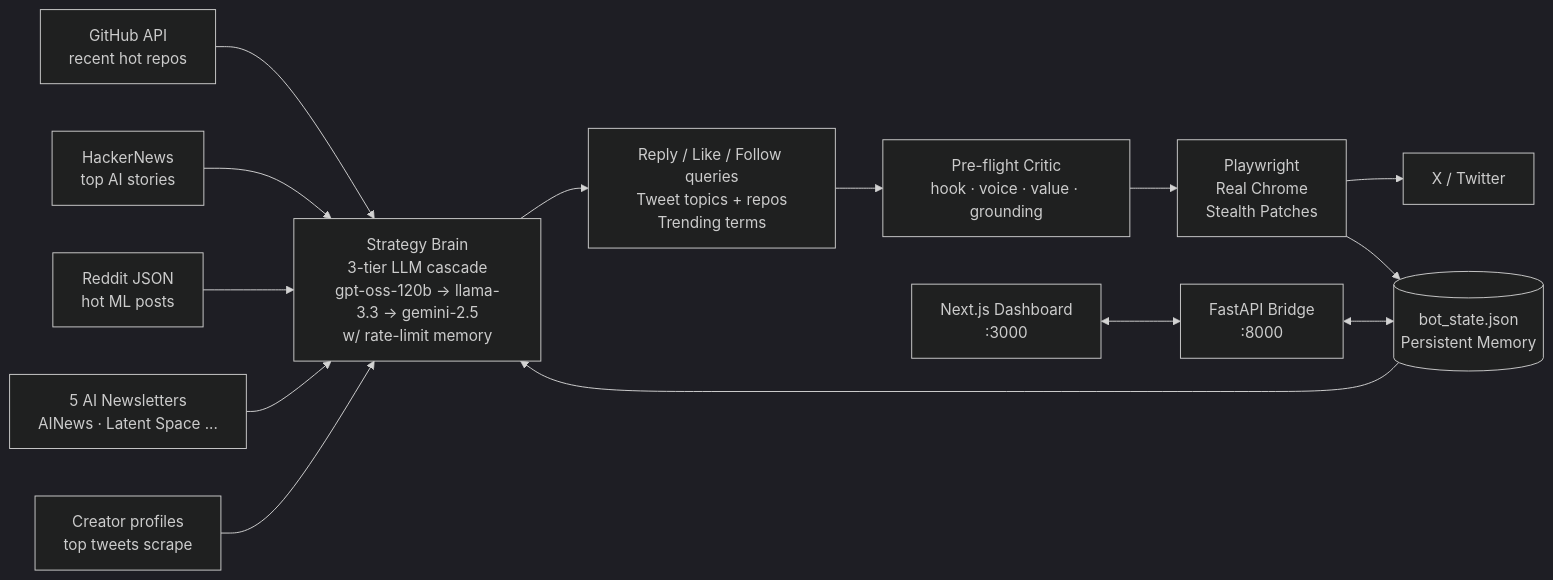
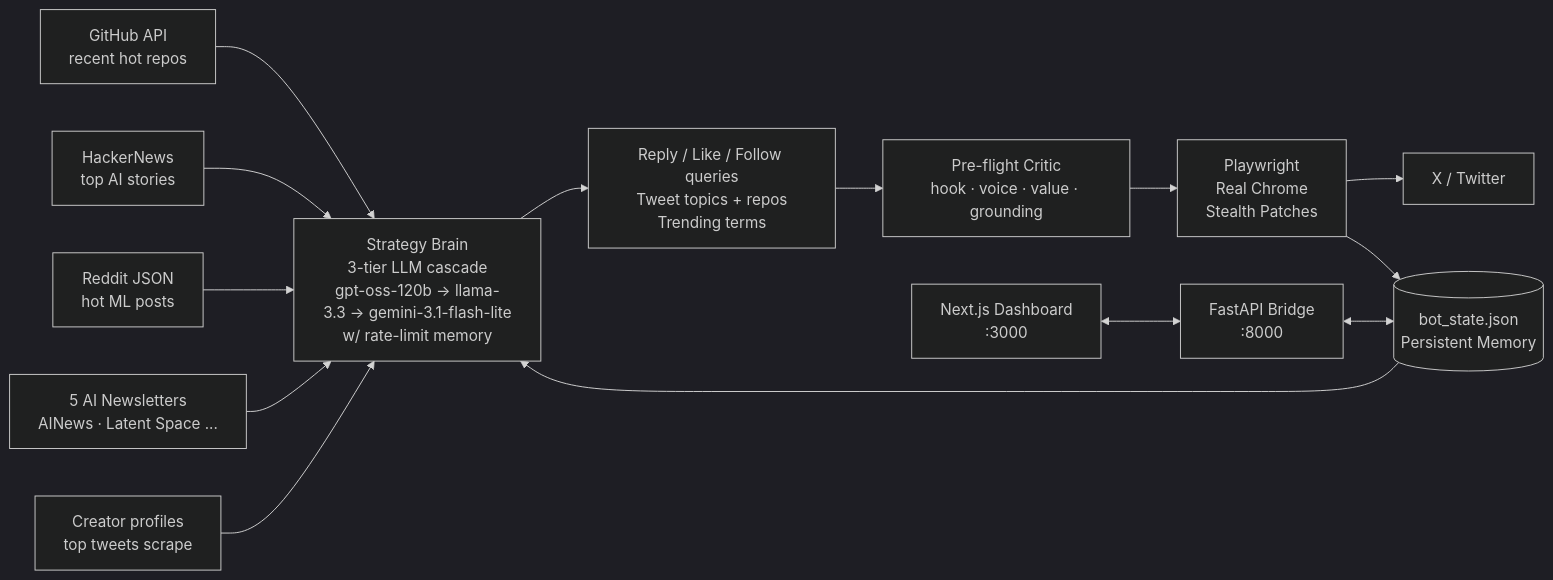
The diagram in README.md (yuno7777/twitter-automation), drawn with Mermaid (dark theme) before and after one commit. The commit also changed other lines of this file, not shown here.

````diff
--- a/README.md
+++ b/README.md
@@ -339,19 +343,19 @@
 ```mermaid
 flowchart LR
     A[GitHub API<br/>recent hot repos] --> S
     B[HackerNews<br/>top AI stories] --> S
     C[Reddit JSON<br/>hot ML posts] --> S
     N[5 AI Newsletters<br/>AINews · Latent Space ...] --> S
     CR[Creator profiles<br/>top tweets scrape] --> S
 
-    S[Strategy Brain<br/>3-tier LLM cascade<br/>gpt-oss-120b → llama-3.3 → gemini-2.5<br/>w/ rate-limit memory] --> Q[Reply / Like / Follow queries<br/>Tweet topics + repos<br/>Trending terms]
+    S[Strategy Brain<br/>3-tier LLM cascade<br/>gpt-oss-120b → llama-3.3 → gemini-3.1-flash-lite<br/>w/ rate-limit memory] --> Q[Reply / Like / Follow queries<br/>Tweet topics + repos<br/>Trending terms]
 
     Q --> CR2[Pre-flight Critic<br/>hook · voice · value · grounding]
     CR2 --> P[Playwright<br/>Real Chrome<br/>Stealth Patches]
     P --> X[X / Twitter]
     P --> M[(bot_state.json<br/>Persistent Memory)]
     M --> S
 
     API[FastAPI Bridge<br/>:8000] <--> M
     UI[Next.js Dashboard<br/>:3000] <--> API
 ```
````
